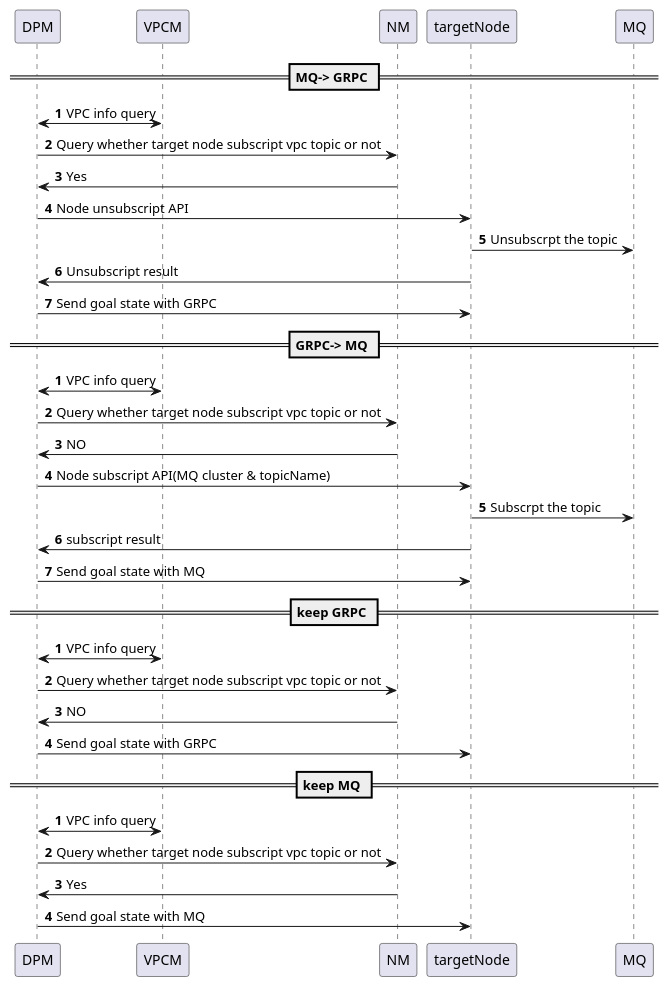
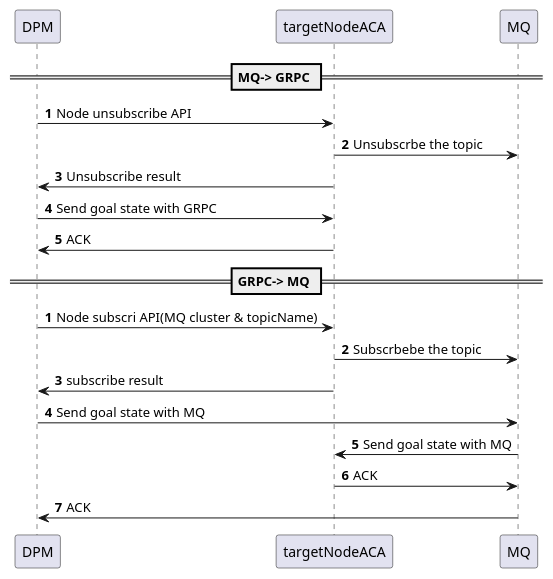
Before and after one commit to futurewei-cloud/alcor: the diagram in docs/modules/ROOT/workflows/MQSubscription.puml, drawn with PlantUML. The commit also changed 11 other files, not shown here.

```diff
--- a/docs/modules/ROOT/workflows/MQSubscription.puml
+++ b/docs/modules/ROOT/workflows/MQSubscription.puml
@@ -1,43 +1,48 @@
 @startuml
 'https://plantuml.com/sequence-diagram
 
 == MQ-> GRPC ==
 autonumber
 
-DPM <-> VPCM: VPC info query
-DPM ->NM: Query whether target node subscript vpc topic or not
-NM ->DPM: Yes
-DPM -> targetNode: Node unsubscript API
-targetNode -> MQ: Unsubscrpt the topic
-targetNode -> DPM: Unsubscript result
-DPM -> targetNode: Send goal state with GRPC
+'DPM <-> VPCM: VPC info query
+'DPM ->NM: Query whether target node subscript vpc topic or not
+'NM ->DPM: Yes
+DPM -> targetNodeACA: Node unsubscribe API
+targetNodeACA -> MQ: Unsubscrbe the topic
+targetNodeACA -> DPM: Unsubscribe result
+DPM -> targetNodeACA: Send goal state with GRPC
+targetNodeACA -> DPM: ACK
 
 == GRPC-> MQ ==
 autonumber
 
-DPM <-> VPCM: VPC info query
-DPM ->NM: Query whether target node subscript vpc topic or not
-NM ->DPM: NO
-DPM -> targetNode: Node subscript API(MQ cluster & topicName)
-targetNode -> MQ: Subscrpt the topic
-targetNode -> DPM: subscript result
-DPM -> targetNode: Send goal state with MQ
+'DPM <-> VPCM: VPC info query
+'DPM ->NM: Query whether target node subscript vpc topic or not
+'NM ->DPM: NO
+DPM -> targetNodeACA: Node subscri API(MQ cluster & topicName)
+targetNodeACA -> MQ: Subscrbebe the topic
+targetNodeACA -> DPM: subscribe result
+DPM -> MQ: Send goal state with MQ
+MQ -> targetNodeACA: Send goal state with MQ
+targetNodeACA -> MQ: ACK
+MQ -> DPM: ACK
 
-== keep GRPC ==
-autonumber
 
-DPM <-> VPCM: VPC info query
-DPM ->NM: Query whether target node subscript vpc topic or not
-NM ->DPM: NO
-DPM -> targetNode: Send goal state with GRPC
-
-== keep MQ ==
-autonumber
-
-DPM <-> VPCM: VPC info query
-DPM ->NM: Query whether target node subscript vpc topic or not
-NM ->DPM: Yes
-DPM -> targetNode: Send goal state with MQ
+'== keep GRPC ==
+'autonumber
+'
+'DPM <-> VPCM: VPC info query
+'DPM ->NM: Query whether target node subscript vpc topic or not
+'NM ->DPM: NO
+'DPM -> targetNode: Send goal state with GRPC
+'
+'== keep MQ ==
+'autonumber
+'
+'DPM <-> VPCM: VPC info query
+'DPM ->NM: Query whether target node subscript vpc topic or not
+'NM ->DPM: Yes
+'DPM -> targetNode: Send goal state with MQ
 
 
 @enduml
```
